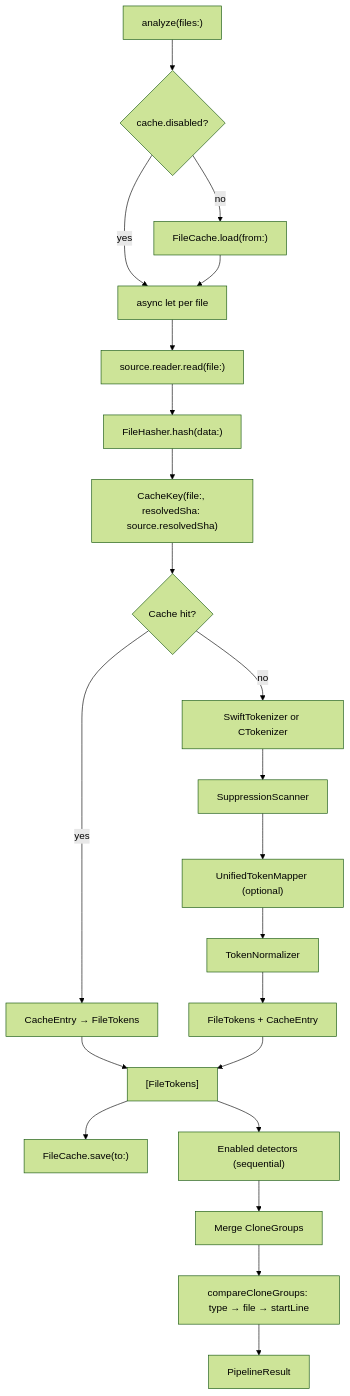
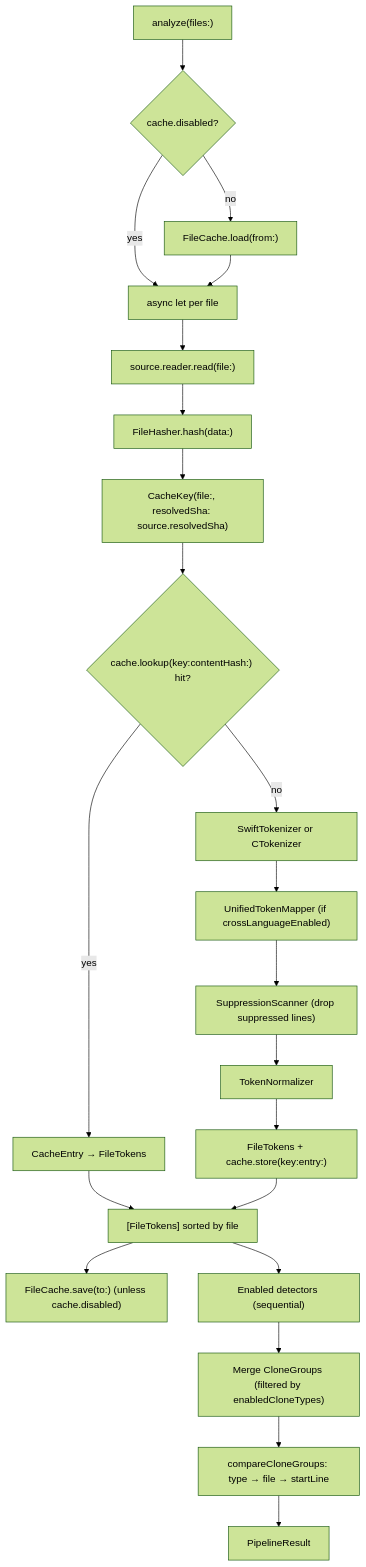
The diagram in Docs/CodeBase/04-pipeline.md (ericodx/swift-cpd), drawn with Mermaid (forest theme) before and after one commit. The commit also changed other lines of this file, not shown here.

````diff
--- a/Docs/CodeBase/04-pipeline.md
+++ b/Docs/CodeBase/04-pipeline.md
@@ -62,24 +68,24 @@
 ```mermaid
 flowchart TD
     A["analyze(files:)"] --> NCC{cache.disabled?}
     NCC -- no --> B["FileCache.load(from:)"]
     NCC -- yes --> C
     B --> C["async let per file"]
     C --> SR["source.reader.read(file:)"]
     SR --> D["FileHasher.hash(data:)"]
     D --> KEY["CacheKey(file:, resolvedSha: source.resolvedSha)"]
-    KEY --> E{Cache hit?}
+    KEY --> E{"cache.lookup(key:contentHash:) hit?"}
     E -- yes --> F["CacheEntry → FileTokens"]
     E -- no --> G["SwiftTokenizer or CTokenizer"]
-    G --> H["SuppressionScanner"]
-    H --> I["UnifiedTokenMapper (optional)"]
-    I --> J["TokenNormalizer"]
-    J --> K["FileTokens + CacheEntry"]
-    F --> L["[FileTokens]"]
+    G --> I["UnifiedTokenMapper (if crossLanguageEnabled)"]
+    I --> H["SuppressionScanner (drop suppressed lines)"]
+    H --> J["TokenNormalizer"]
+    J --> K["FileTokens + cache.store(key:entry:)"]
+    F --> L["[FileTokens] sorted by file"]
     K --> L
-    L --> M["FileCache.save(to:)"]
+    L --> M["FileCache.save(to:) (unless cache.disabled)"]
     L --> N["Enabled detectors (sequential)"]
-    N --> O["Merge CloneGroups"]
+    N --> O["Merge CloneGroups (filtered by enabledCloneTypes)"]
     O --> P["compareCloneGroups: type → file → startLine"]
     P --> Q["PipelineResult"]
 ```
````
